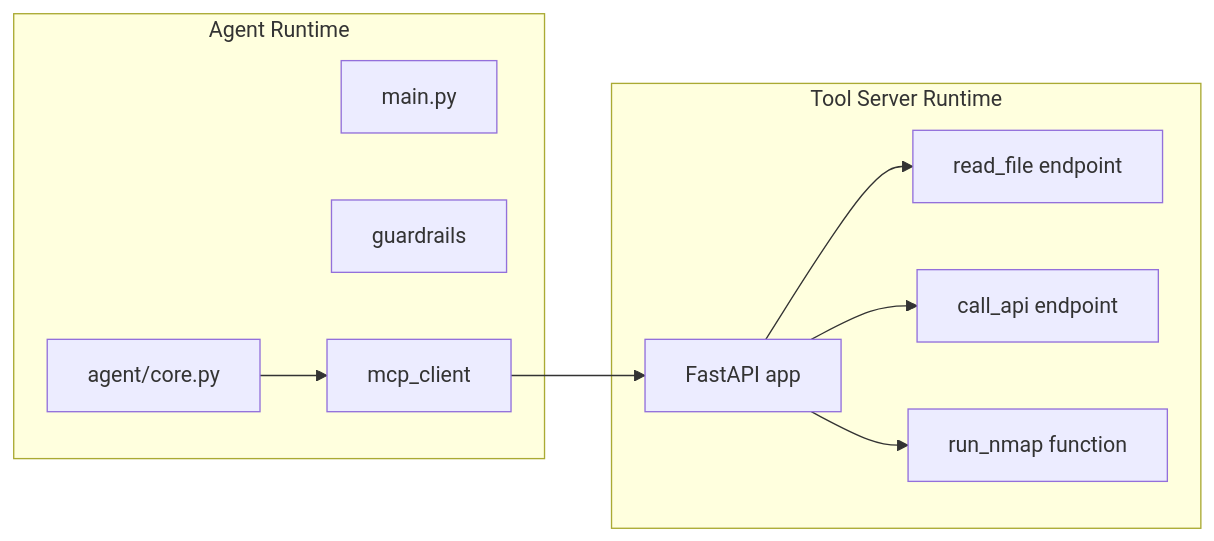
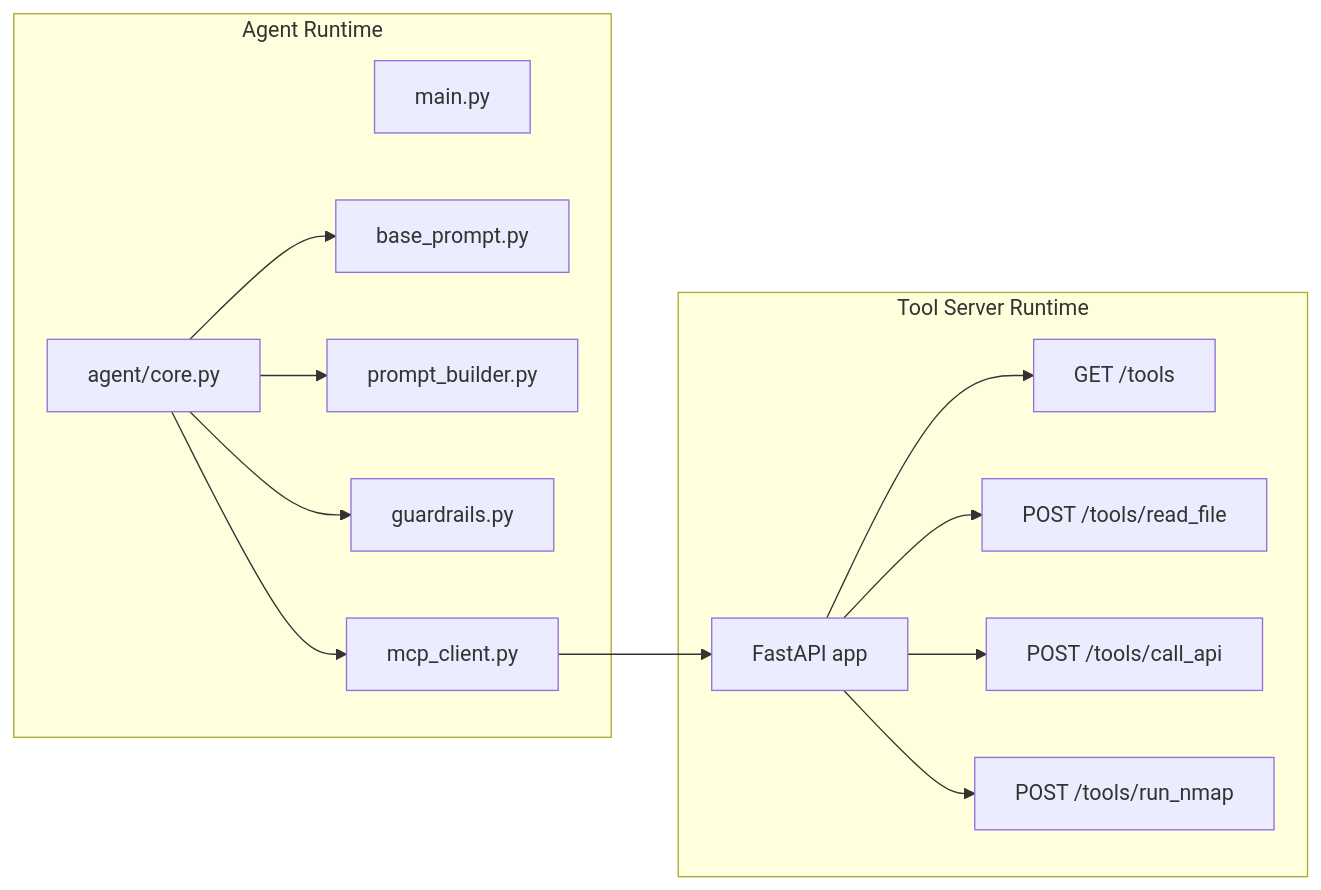
Before and after one commit to soorajrs409/e-agent: the fifth of 5 diagrams in docs/ARCHITECTURE.md, drawn with Mermaid. The commit also changed other lines of this file and 7 other files, not shown here.

````diff
--- a/docs/ARCHITECTURE.md
+++ b/docs/ARCHITECTURE.md
@@ -92,22 +108,29 @@
 ```mermaid
 flowchart LR
     subgraph Agent_Runtime[Agent Runtime]
       MAIN[main.py]
       CORE[agent/core.py]
-      GUARD[guardrails]
-      MCPCLIENT[mcp_client]
+      BASE[base_prompt.py]
+      PB[prompt_builder.py]
+      GUARD[guardrails.py]
+      MCPCLIENT[mcp_client.py]
     end
 
     subgraph Tool_Runtime[Tool Server Runtime]
       API[FastAPI app]
-      RF[read_file endpoint]
-      CA[call_api endpoint]
-      NM[run_nmap function]
+      LIST[GET /tools]
+      RF[POST /tools/read_file]
+      CA[POST /tools/call_api]
+      NM[POST /tools/run_nmap]
     end
 
+    CORE --> BASE
+    CORE --> PB
+    CORE --> GUARD
     CORE --> MCPCLIENT
     MCPCLIENT --> API
+    API --> LIST
     API --> RF
     API --> CA
     API --> NM
 ```
````
